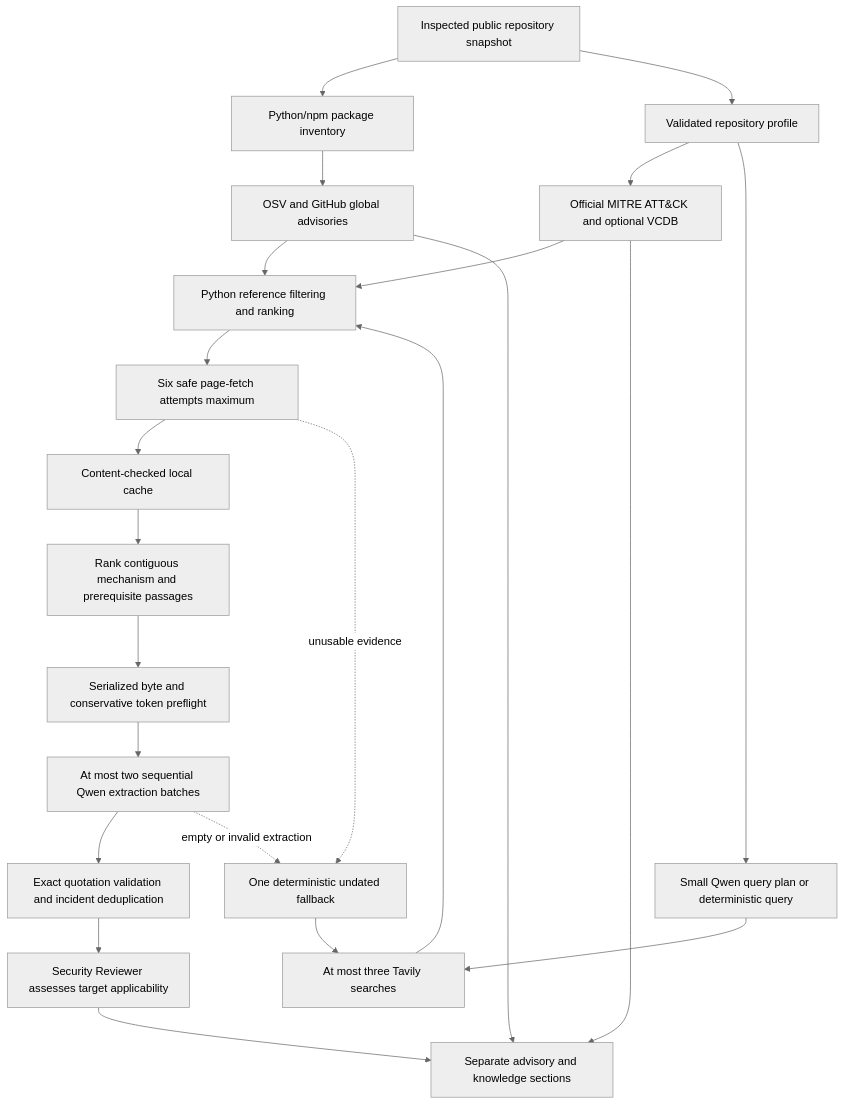
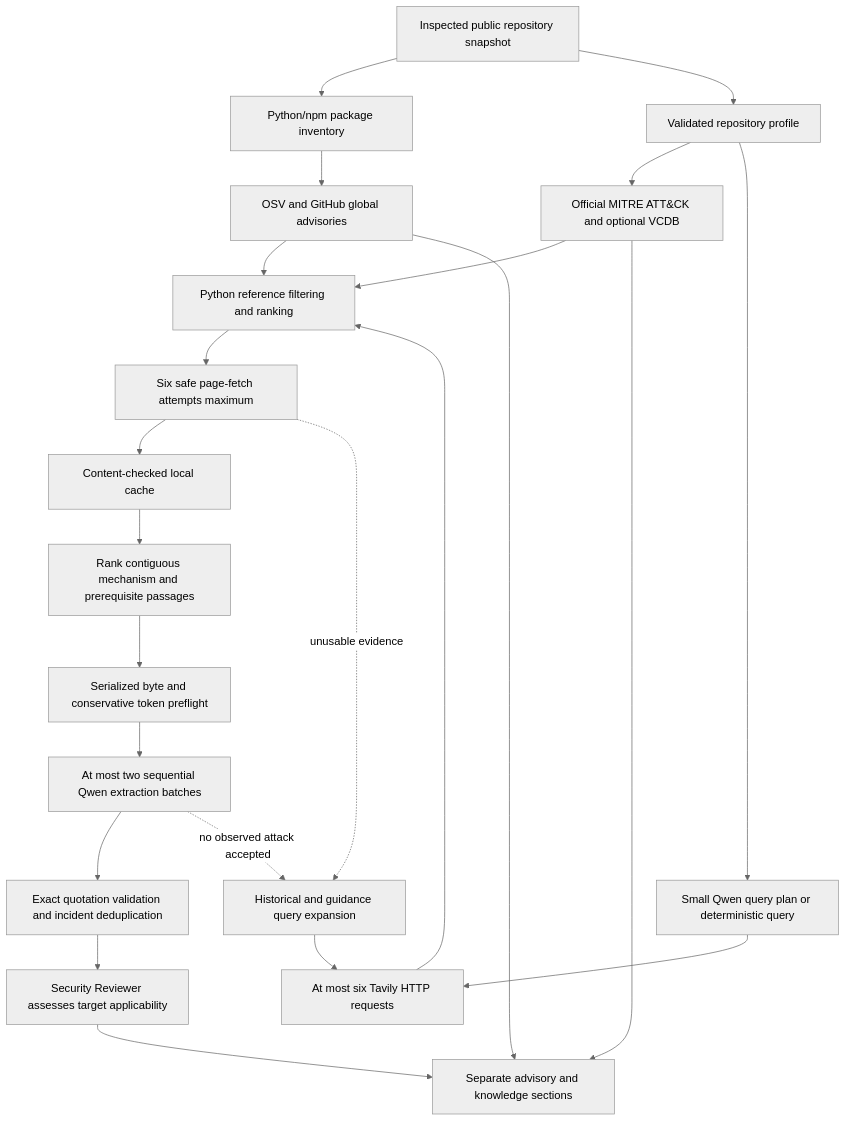
One commit to saubhagya7dev/DevSecOps changed the diagram in docs/incident-discovery.md. Above: the diagram before and after it, drawn with Mermaid (neutral theme). The commit also changed other lines of this file, not shown here.

Commit message:
Document wider discovery budgets and repository review fallback

````diff
--- a/docs/incident-discovery.md
+++ b/docs/incident-discovery.md
@@ -5,25 +5,25 @@
 ```mermaid
 flowchart TD
     SNAP[Inspected public repository snapshot] --> PKG[Python/npm package inventory]
     SNAP --> PROFILE[Validated repository profile]
     PKG --> ADVISORY[OSV and GitHub global advisories]
     PROFILE --> KNOWLEDGE[Official MITRE ATT&CK and optional VCDB]
     PROFILE --> PLAN[Small Qwen query plan or deterministic query]
-    PLAN --> SEARCH[At most three Tavily searches]
+    PLAN --> SEARCH[At most six Tavily HTTP requests]
     ADVISORY --> POOL[Python reference filtering and ranking]
     KNOWLEDGE --> POOL
     SEARCH --> POOL
     POOL --> FETCH[Six safe page-fetch attempts maximum]
     FETCH --> CACHE[Content-checked local cache]
     CACHE --> SELECT[Rank contiguous mechanism and prerequisite passages]
     SELECT --> GUARD[Serialized byte and conservative token preflight]
     GUARD --> EXTRACT[At most two sequential Qwen extraction batches]
     EXTRACT --> QUOTES[Exact quotation validation and incident deduplication]
     QUOTES --> REVIEW[Security Reviewer assesses target applicability]
-    FETCH -. unusable evidence .-> BROAD[One deterministic undated fallback]
-    EXTRACT -. empty or invalid extraction .-> BROAD
+    FETCH -. unusable evidence .-> BROAD[Historical and guidance query expansion]
+    EXTRACT -. no observed attack accepted .-> BROAD
     BROAD --> SEARCH
     ADVISORY --> REPORT[Separate advisory and knowledge sections]
     KNOWLEDGE --> REPORT
     REVIEW --> REPORT
 ```
````
